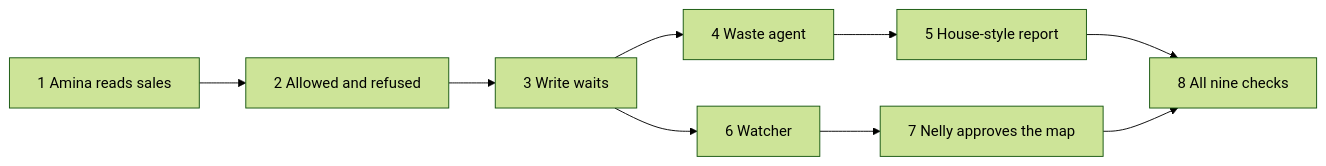
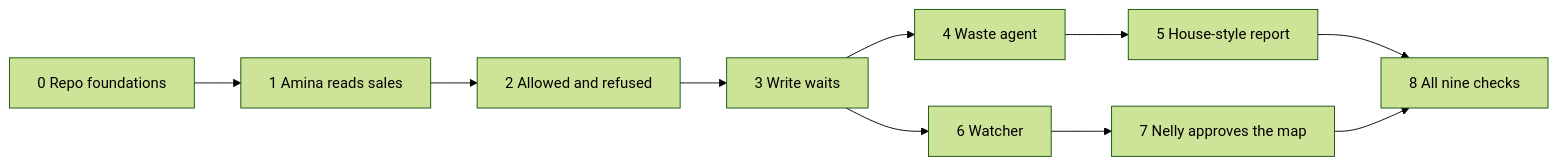
The diagram in docs/v0.1/08-build-plan.md (Akwara-SuperIntelligence/Ramonda), drawn with Mermaid (forest theme) before and after one commit. The commit also changed other lines of this file and 2 other files, not shown here.

First line of the commit message:
Plan a guarded repo before feature work (#21)

````diff
--- a/docs/v0.1/08-build-plan.md
+++ b/docs/v0.1/08-build-plan.md
@@ -13,16 +13,17 @@
 ```mermaid
 flowchart LR
+  s0[0 Repo foundations]
   s1[1 Amina reads sales]
   s2[2 Allowed and refused]
   s3[3 Write waits]
   s4[4 Waste agent]
   s5[5 House-style report]
   s6[6 Watcher]
   s7[7 Nelly approves the map]
   s8[8 All nine checks]
-  s1 --> s2 --> s3
+  s0 --> s1 --> s2 --> s3
   s3 --> s4 --> s5
   s3 --> s6 --> s7
   s5 --> s8
   s7 --> s8
 ```
````
